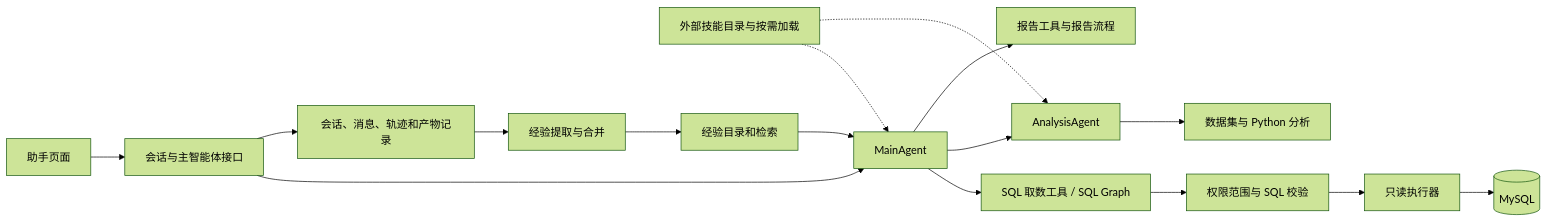
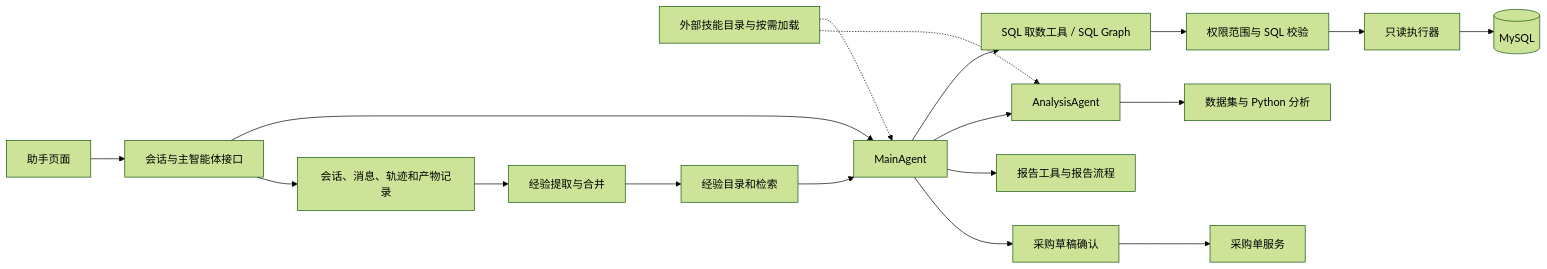
Before and after one commit to LI-S-H/qiheng-erp: the first of 2 diagrams in docs/architecture/ai.md, drawn with Mermaid (forest theme). The commit also changed other lines of this file and 3 other files, not shown here.

````diff
--- a/docs/architecture/ai.md
+++ b/docs/architecture/ai.md
@@ -5,18 +5,20 @@
 ```mermaid
 flowchart LR
     UI[助手页面] --> API[会话与主智能体接口]
     API --> MAIN[MainAgent]
     MAIN --> SQL[SQL 取数工具 / SQL Graph]
     SQL --> GUARD[权限范围与 SQL 校验]
     GUARD --> READ[只读执行器]
     READ --> DB[(MySQL)]
     MAIN --> ANALYSIS[AnalysisAgent]
     ANALYSIS --> DATA[数据集与 Python 分析]
     MAIN --> REPORT[报告工具与报告流程]
+    MAIN --> DRAFT[采购草稿确认]
+    DRAFT --> PURCHASE[采购单服务]
     SKILL[外部技能目录与按需加载] -.-> MAIN
     SKILL -.-> ANALYSIS
     API --> STORE[会话、消息、轨迹和产物记录]
     STORE --> EXP[经验提取与合并]
     EXP --> CATALOG[经验目录和检索]
     CATALOG --> MAIN
 ```
````
